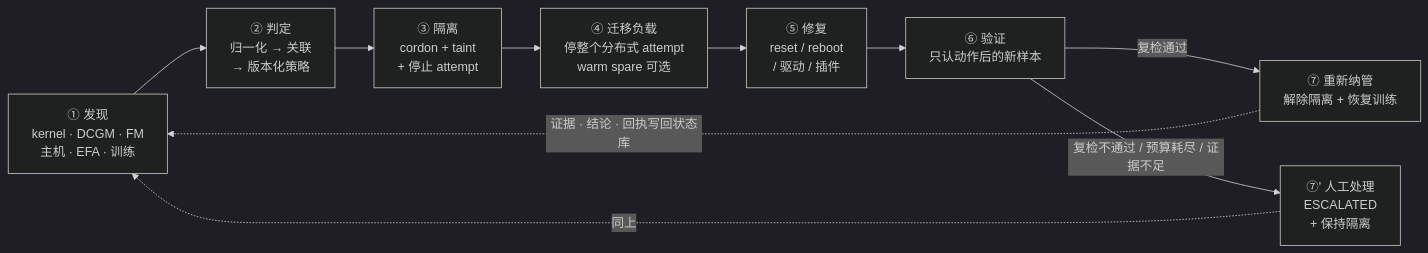
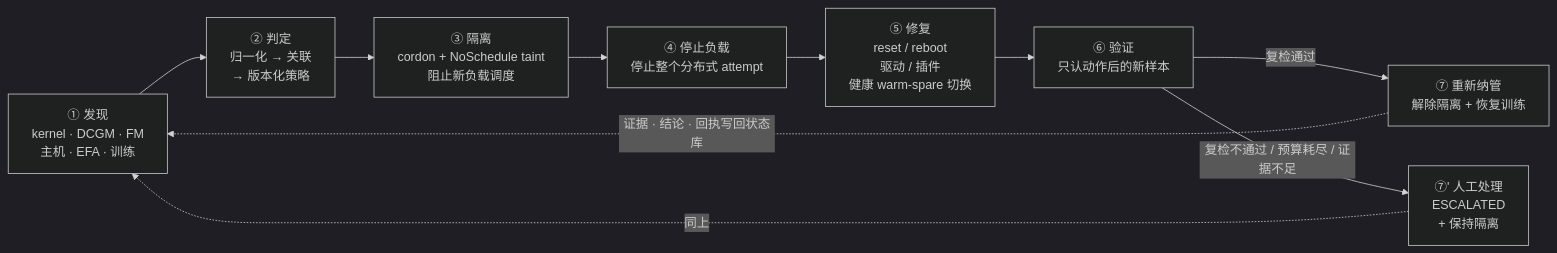
The first of 5 diagrams in docs/概要设计-v2.md (yuhuiaws/GPU-Fault-Recovery-System), drawn with Mermaid (dark theme) before and after one commit. The commit also changed other lines of this file and 1 other file, not shown here.

````diff
--- a/docs/概要设计-v2.md
+++ b/docs/概要设计-v2.md
@@ -42,16 +42,16 @@
 ```mermaid
 flowchart LR
     D["① 发现<br/>kernel · DCGM · FM<br/>主机 · EFA · 训练"]
     J["② 判定<br/>归一化 → 关联<br/>→ 版本化策略"]
-    I["③ 隔离<br/>cordon + taint<br/>+ 停止 attempt"]
-    M["④ 迁移负载<br/>停整个分布式 attempt<br/>warm spare 可选"]
-    R["⑤ 修复<br/>reset / reboot<br/>/ 驱动 / 插件"]
+    I["③ 隔离<br/>cordon + NoSchedule taint<br/>阻止新负载调度"]
+    M["④ 停止负载<br/>停止整个分布式 attempt"]
+    R["⑤ 修复<br/>reset / reboot<br/>驱动 / 插件<br/>健康 warm-spare 切换"]
     V["⑥ 验证<br/>只认动作后的新样本"]
     B["⑦ 重新纳管<br/>解除隔离 + 恢复训练"]
     H["⑦' 人工处理<br/>ESCALATED<br/>+ 保持隔离"]
     D --> J --> I --> M --> R --> V
     V -- "复检通过" --> B
     V -- "复检不通过 / 预算耗尽 / 证据不足" --> H
     B -. "证据 · 结论 · 回执写回状态库" .-> D
     H -. "同上" .-> D
 ```
````
